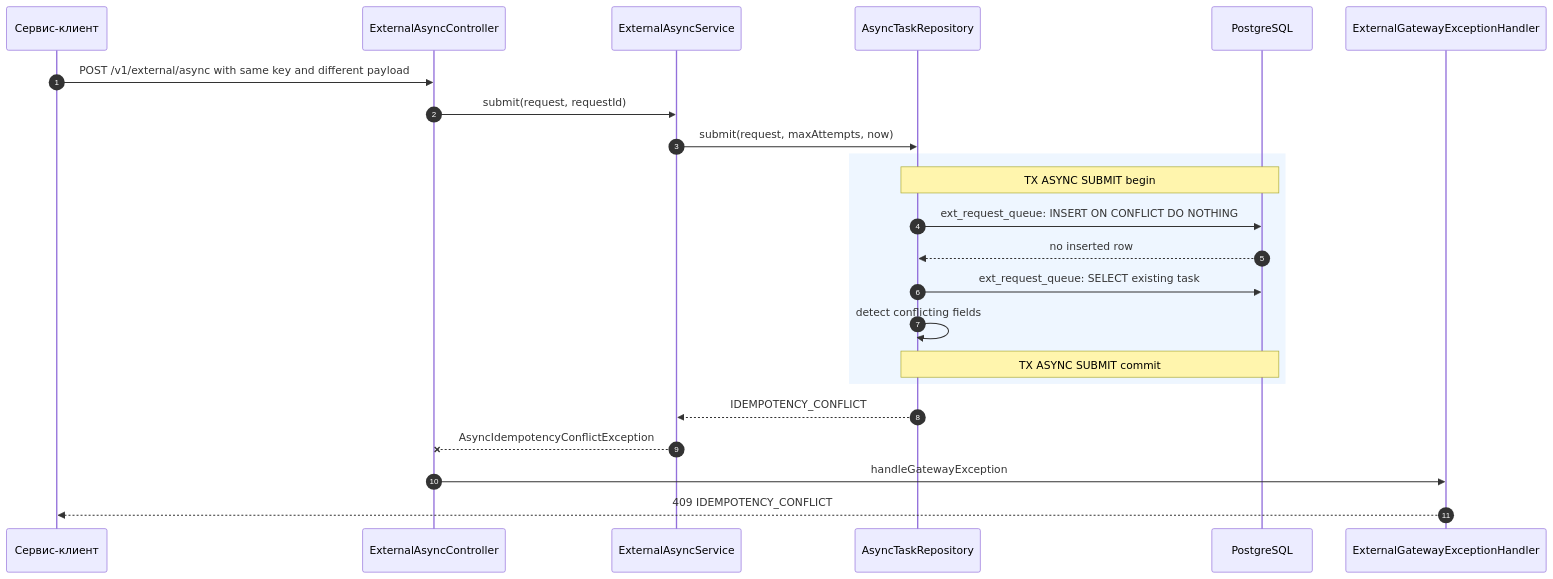
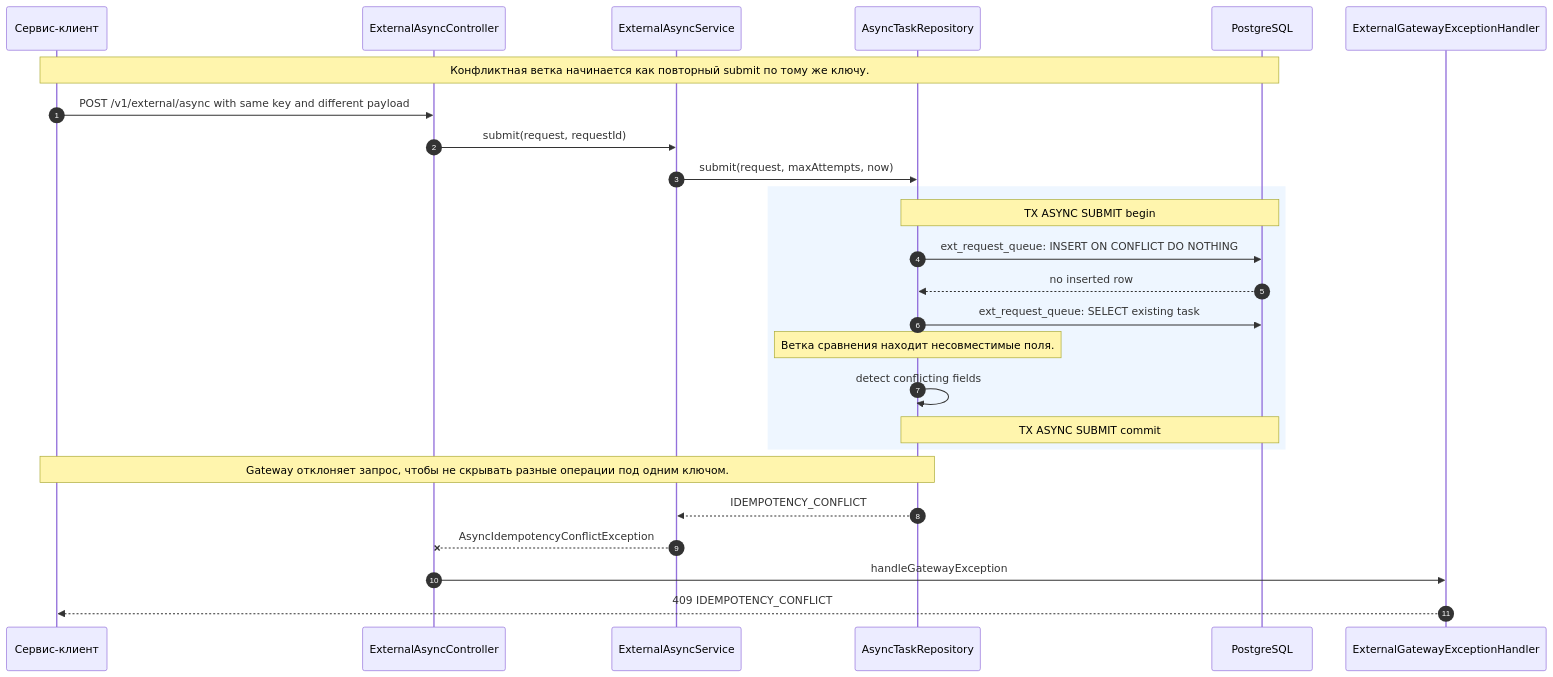
Before and after one commit to DenisVanin4402/TestQwenCli: the third of 12 diagrams in docs/external-service-gateway/architecture/06-sequence-async.md, drawn with Mermaid. The commit also changed other lines of this file and 2 other files, not shown here.

Commit message:
диаграммы обновлены детализацией sequence

````diff
--- a/docs/external-service-gateway/architecture/06-sequence-async.md
+++ b/docs/external-service-gateway/architecture/06-sequence-async.md
@@ -64,26 +107,29 @@
 ```mermaid
 sequenceDiagram
     autonumber
     participant Client as Сервис-клиент
     participant API as ExternalAsyncController
     participant Service as ExternalAsyncService
     participant Repo as AsyncTaskRepository
     participant DB as PostgreSQL
     participant Errors as ExternalGatewayExceptionHandler
 
+    Note over Client,DB: Конфликтная ветка начинается как повторный submit по тому же ключу.
     Client->>API: POST /v1/external/async with same key and different payload
     API->>Service: submit(request, requestId)
     Service->>Repo: submit(request, maxAttempts, now)
     rect rgb(238, 246, 255)
         Note over Repo,DB: TX ASYNC SUBMIT begin
         Repo->>DB: ext_request_queue: INSERT ON CONFLICT DO NOTHING
         DB-->>Repo: no inserted row
         Repo->>DB: ext_request_queue: SELECT existing task
+        Note over Repo: Ветка сравнения находит несовместимые поля.
         Repo->>Repo: detect conflicting fields
         Note over Repo,DB: TX ASYNC SUBMIT commit
     end
+    Note over Repo,Client: Gateway отклоняет запрос, чтобы не скрывать разные операции под одним ключом.
     Repo-->>Service: IDEMPOTENCY_CONFLICT
     Service--xAPI: AsyncIdempotencyConflictException
     API->>Errors: handleGatewayException
     Errors-->>Client: 409 IDEMPOTENCY_CONFLICT
 ```
````
